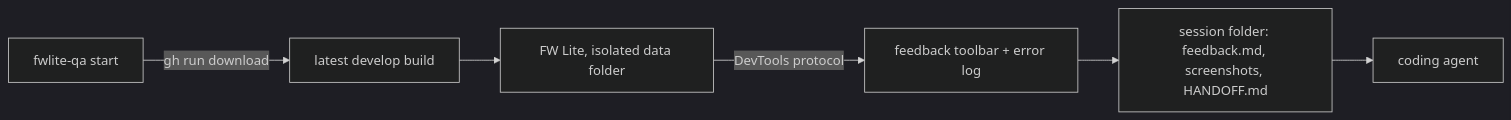
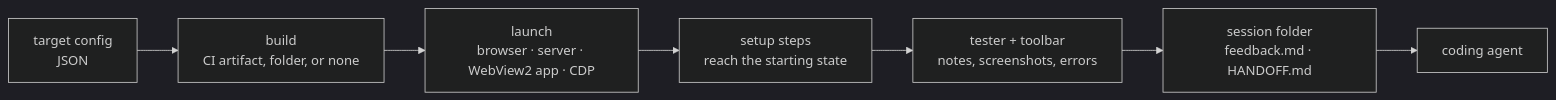
One commit to hahn-kev-bot/qa-recorder changed the diagram in README.md. Above: the diagram before and after it, drawn with Mermaid (dark theme). The commit also changed other lines of this file and 36 other files, not shown here.

````diff
--- a/README.md
+++ b/README.md
@@ -5,8 +6,9 @@
 ```mermaid
 flowchart LR
-  A[fwlite-qa start] -->|gh run download| B[latest develop build]
-  B --> C[FW Lite, isolated data folder]
-  C -->|DevTools protocol| D[feedback toolbar + error log]
-  D --> E[session folder: feedback.md, screenshots, HANDOFF.md]
-  E --> F[coding agent]
+  T[target config<br/>JSON] --> B[build<br/>CI artifact, folder, or none]
+  B --> L[launch<br/>browser · server · WebView2 app · CDP]
+  L --> S[setup steps<br/>reach the starting state]
+  S --> R[tester + toolbar<br/>notes, screenshots, errors]
+  R --> F[session folder<br/>feedback.md · HANDOFF.md]
+  F --> A[coding agent]
 ```
````
